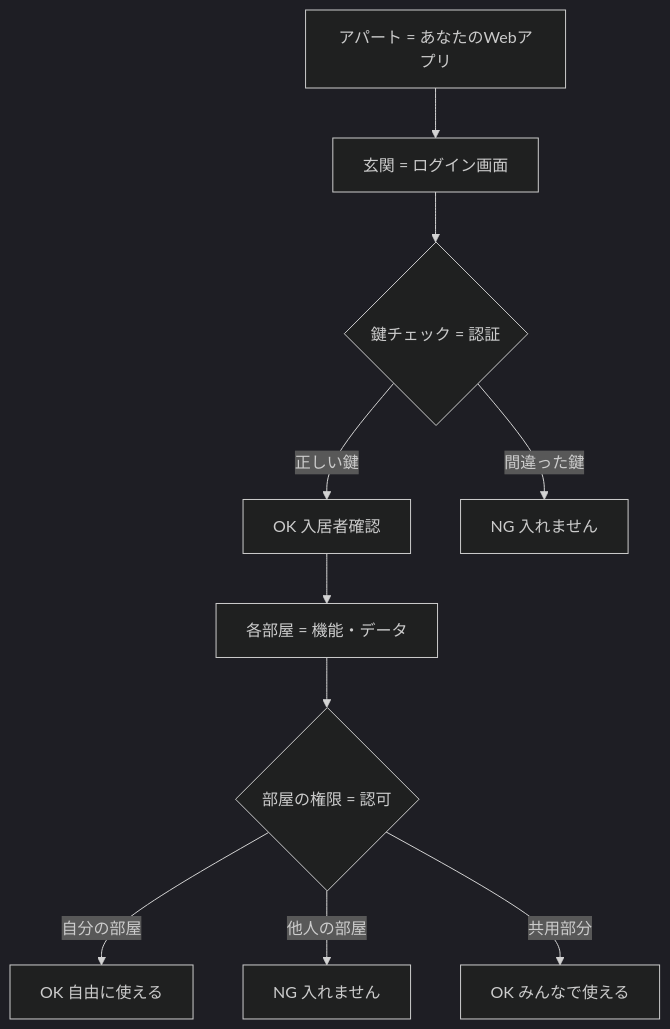
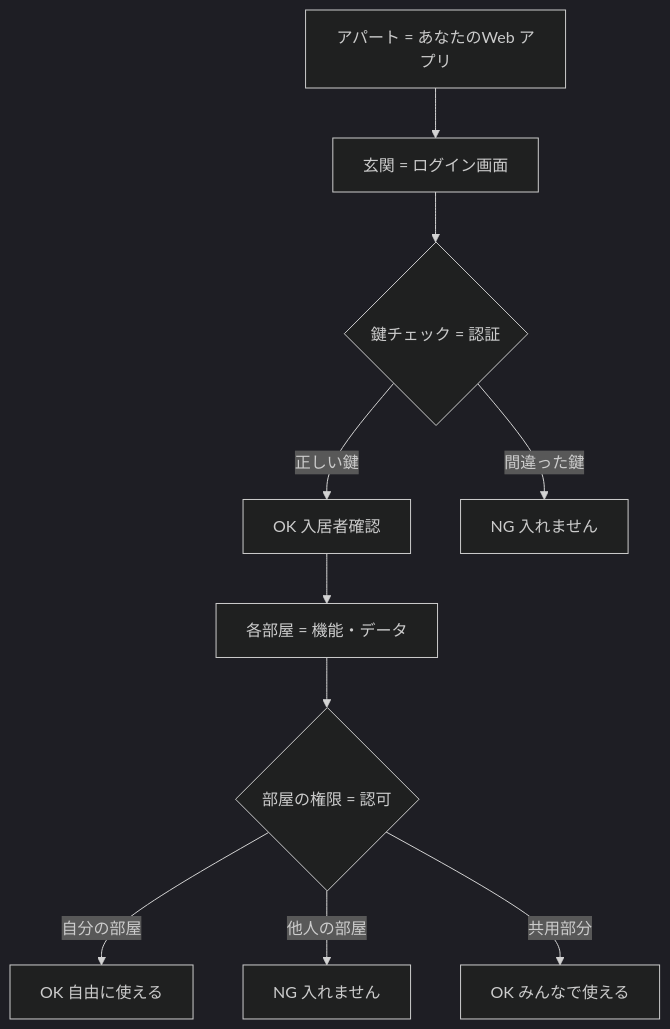
The first of 2 diagrams in docs/chapters/chapter02/index.md (itdojp/supabase-architecture-patterns-book), drawn with Mermaid (dark theme) before and after one commit. The commit also changed other lines of this file and 31 other files, not shown here.

````diff
--- a/docs/chapters/chapter02/index.md
+++ b/docs/chapters/chapter02/index.md
@@ -46,13 +46,13 @@
 ```mermaid
 flowchart TD
-    A[ アパート = あなたのWebアプリ] --> B[ 玄関 = ログイン画面]
+    A[ アパート = あなたのWeb アプリ] --> B[ 玄関 = ログイン画面]
     B --> C{ 鍵チェック = 認証}
     C -->|正しい鍵| D[OK 入居者確認]
     C -->|間違った鍵| E[NG 入れません]
-    
+
     D --> F[ 各部屋 = 機能・データ]
     F --> G{ 部屋の権限 = 認可}
     G -->|自分の部屋| H[OK 自由に使える]
     G -->|他人の部屋| I[NG 入れません]
     G -->|共用部分| J[OK みんなで使える]
 ```
````
